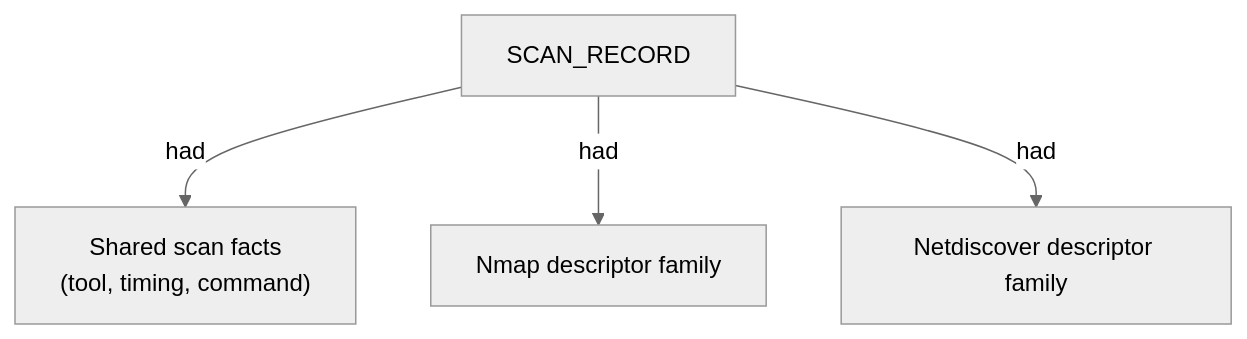
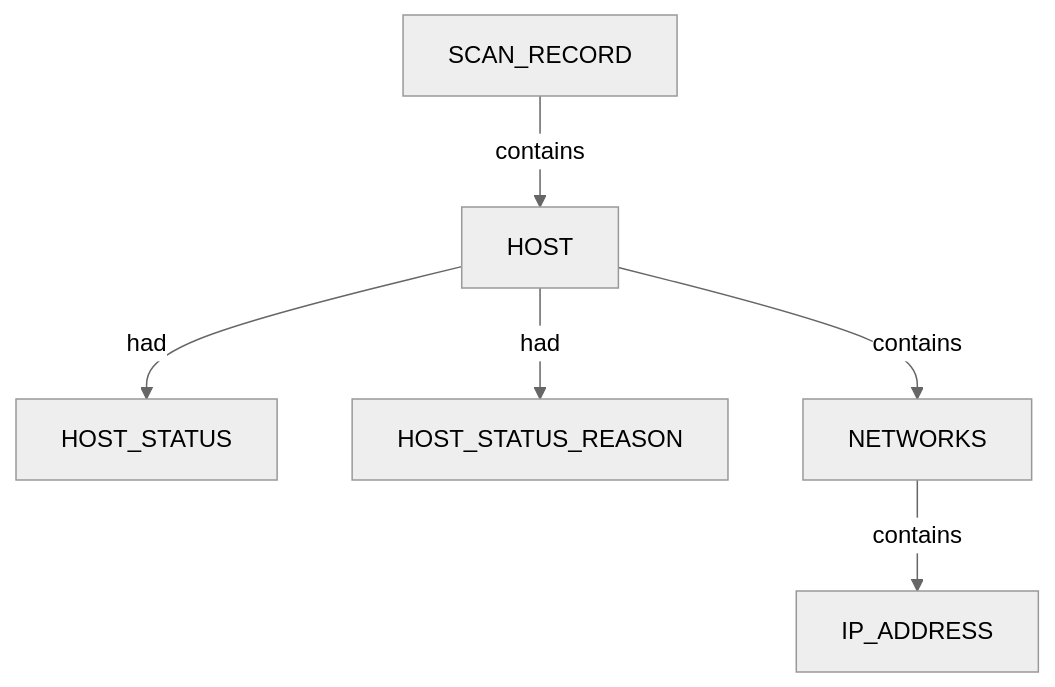
The third of 13 diagrams in .docs/docs-for-cli-tools/_Current_Ontology.md (brettforbes/spiderfeet), drawn with Mermaid (neutral theme) before and after one commit. The commit also changed other lines of this file and 56 other files, not shown here.

````diff
--- a/.docs/docs-for-cli-tools/_Current_Ontology.md
+++ b/.docs/docs-for-cli-tools/_Current_Ontology.md
@@ -122,10 +95,14 @@
 ```mermaid
 flowchart TD
-  scan["SCAN_RECORD"]
-  core["Shared scan facts\n(tool, timing, command)"]
-  nmapD["Nmap descriptor family"]
-  ndD["Netdiscover descriptor family"]
-  scan -->|had| core
-  scan -->|had| nmapD
-  scan -->|had| ndD
+  scan_record_1["SCAN_RECORD"]
+  host_2["HOST"]
+  host_status_3["HOST_STATUS"]
+  host_status_reason_4["HOST_STATUS_REASON"]
+  networks_5["NETWORKS"]
+  ip_address_6["IP_ADDRESS"]
+  scan_record_1 -->|contains| host_2
+  host_2 -->|had| host_status_3
+  host_2 -->|had| host_status_reason_4
+  host_2 -->|contains| networks_5
+  networks_5 -->|contains| ip_address_6
 ```
````
